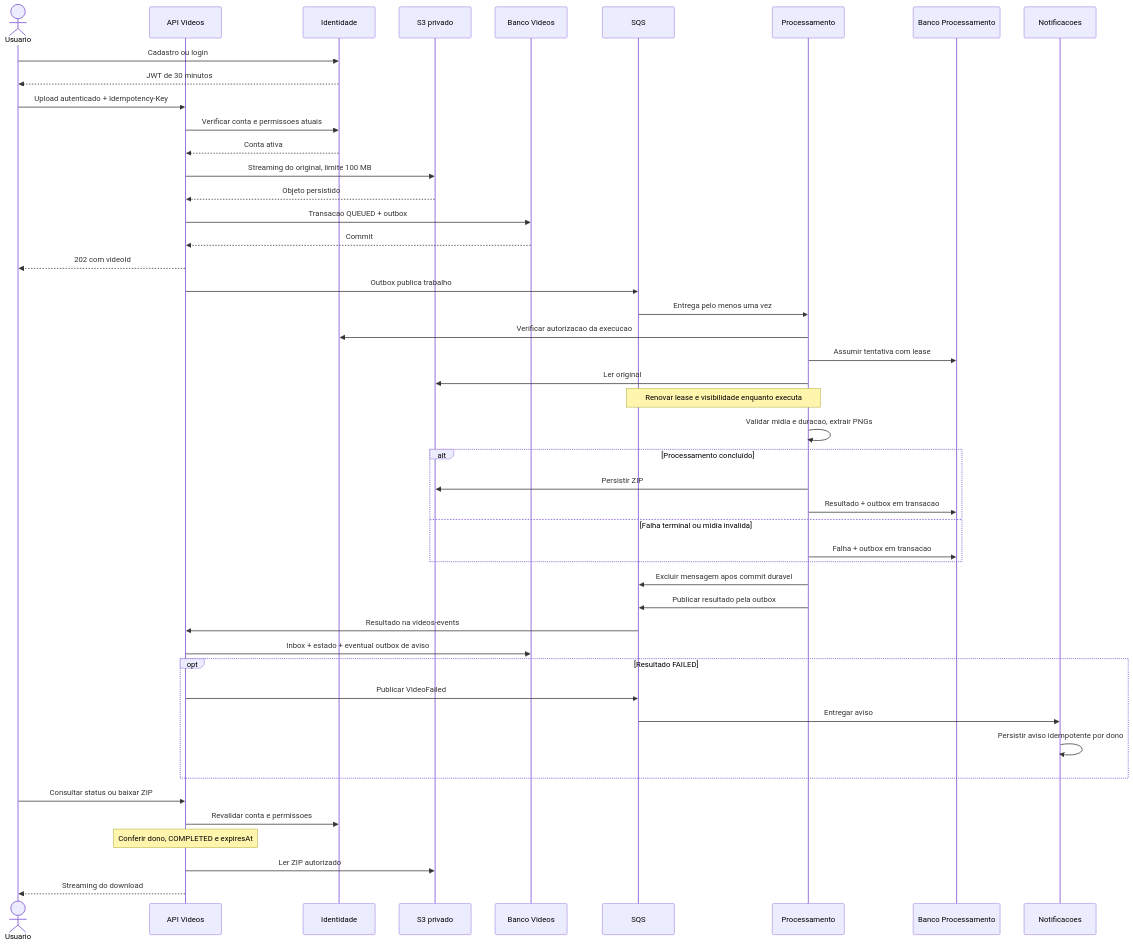
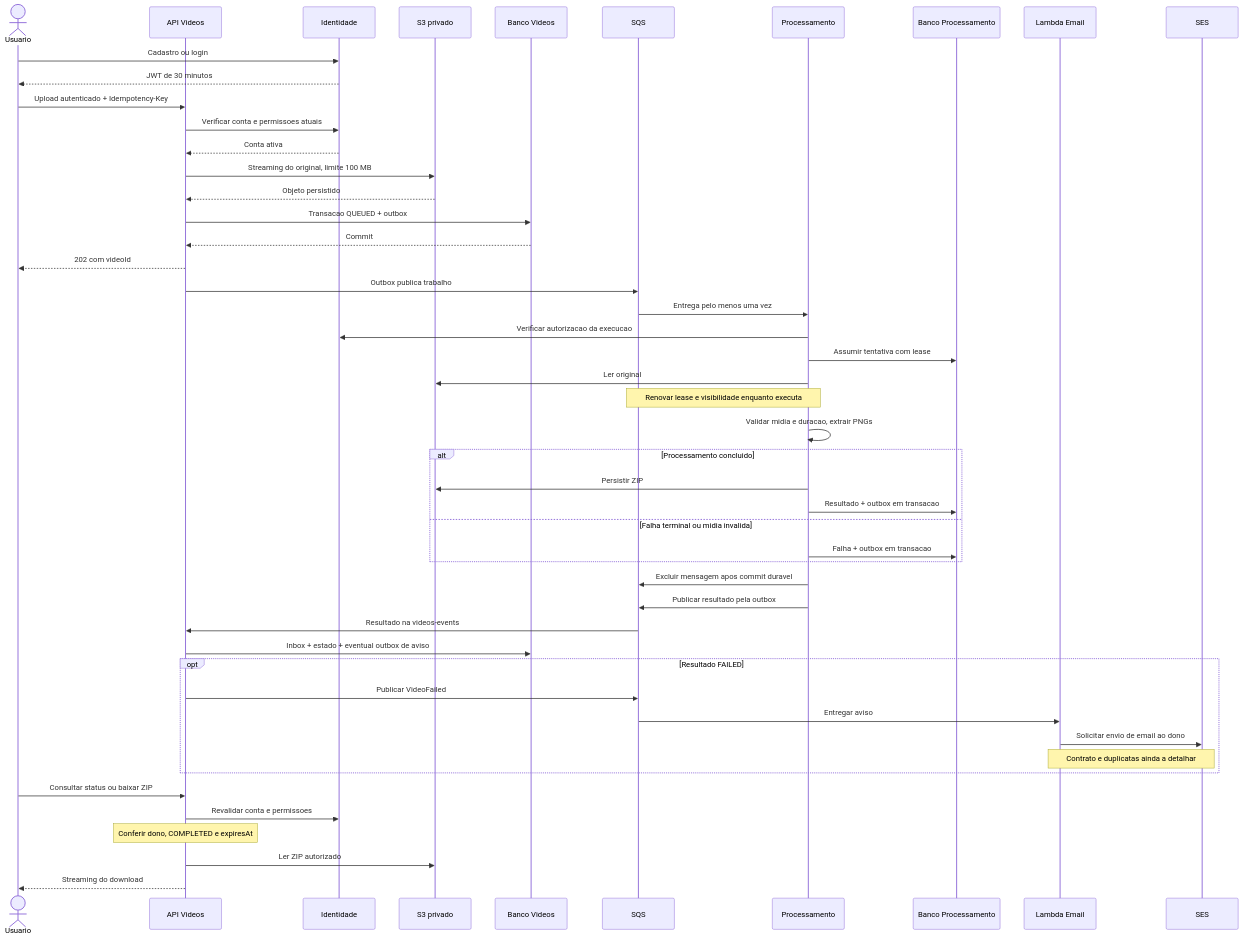
The sixth of 7 diagrams in docs/architecture/diagrams.md (afarms/fiapx-infra), drawn with Mermaid before and after one commit. The commit also changed other lines of this file and 10 other files, not shown here.

````diff
--- a/docs/architecture/diagrams.md
+++ b/docs/architecture/diagrams.md
@@ -207,49 +207,51 @@
 ```mermaid
 sequenceDiagram
     actor U as Usuario
     participant V as API Videos
     participant I as Identidade
     participant S as S3 privado
     participant D as Banco Videos
     participant Q as SQS
     participant P as Processamento
     participant DP as Banco Processamento
-    participant N as Notificacoes
+    participant N as Lambda Email
+    participant SES as SES
     U->>I: Cadastro ou login
     I-->>U: JWT de 30 minutos
     U->>V: Upload autenticado + Idempotency-Key
     V->>I: Verificar conta e permissoes atuais
     I-->>V: Conta ativa
     V->>S: Streaming do original, limite 100 MB
     S-->>V: Objeto persistido
     V->>D: Transacao QUEUED + outbox
     D-->>V: Commit
     V-->>U: 202 com videoId
     V->>Q: Outbox publica trabalho
     Q->>P: Entrega pelo menos uma vez
     P->>I: Verificar autorizacao da execucao
     P->>DP: Assumir tentativa com lease
     P->>S: Ler original
     Note over P,Q: Renovar lease e visibilidade enquanto executa
     P->>P: Validar midia e duracao, extrair PNGs
     alt Processamento concluido
         P->>S: Persistir ZIP
         P->>DP: Resultado + outbox em transacao
     else Falha terminal ou midia invalida
         P->>DP: Falha + outbox em transacao
     end
     P->>Q: Excluir mensagem apos commit duravel
     P->>Q: Publicar resultado pela outbox
     Q->>V: Resultado na videos-events
     V->>D: Inbox + estado + eventual outbox de aviso
     opt Resultado FAILED
         V->>Q: Publicar VideoFailed
         Q->>N: Entregar aviso
-        N->>N: Persistir aviso idempotente por dono
+        N->>SES: Solicitar envio de email ao dono
+        Note over N,SES: Contrato e duplicatas ainda a detalhar
     end
     U->>V: Consultar status ou baixar ZIP
     V->>I: Revalidar conta e permissoes
     Note over V: Conferir dono, COMPLETED e expiresAt
     V->>S: Ler ZIP autorizado
     V-->>U: Streaming do download
 ```
````
